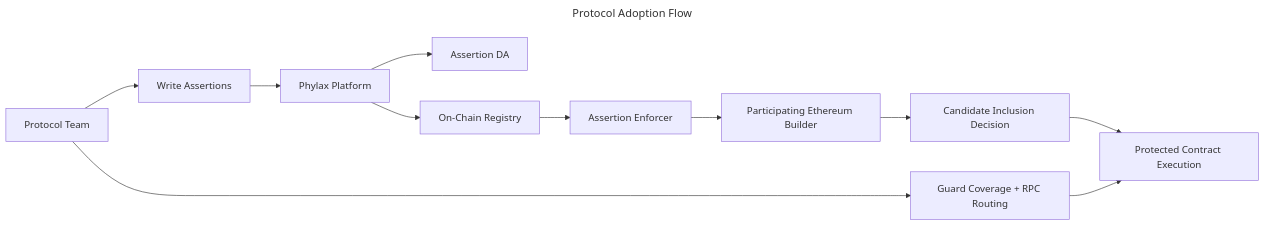
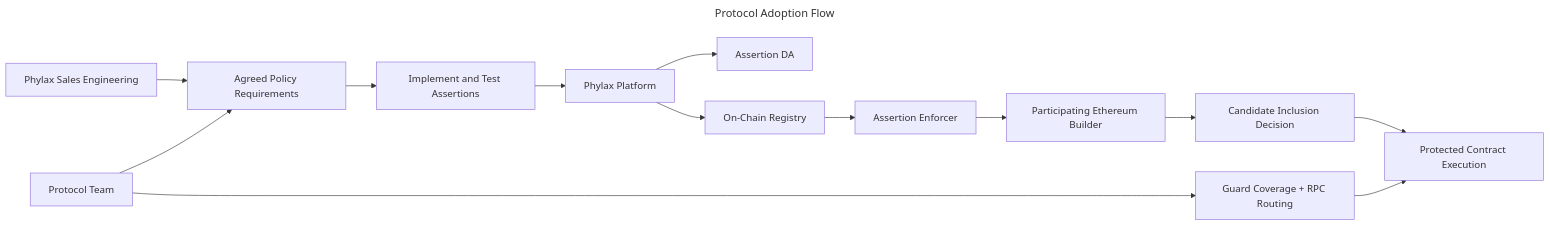
One commit to phylaxsystems/phylax-docs changed the diagram in credible/dapp-integration.mdx. Above: the diagram before and after it, drawn with Mermaid. The commit also changed other lines of this file and 26 other files, not shown here.

Commit message:
docs: guide custom policy onboarding through sales engineering

````diff
--- a/credible/dapp-integration.mdx
+++ b/credible/dapp-integration.mdx
@@ -32,16 +32,18 @@
 ```mermaid
 ---
 title: Protocol Adoption Flow
 ---
 flowchart LR
-  Dev[Protocol Team] --> Assertion[Write Assertions]
+  Dev[Protocol Team] --> Scope[Agreed Policy Requirements]
+  SE[Phylax Sales Engineering] --> Scope
+  Scope --> Assertion[Implement and Test Assertions]
   Assertion --> Platform[Phylax Platform]
   Platform --> DA[Assertion DA]
   Platform --> Registry[On-Chain Registry]
   Registry --> Enforcer[Assertion Enforcer]
   Enforcer --> Builder[Participating Ethereum Builder]
   Builder --> Outcome[Candidate Inclusion Decision]
   Dev --> Guard[Guard Coverage + RPC Routing]
   Guard --> Execution[Protected Contract Execution]
   Outcome --> Execution
 ```
````
